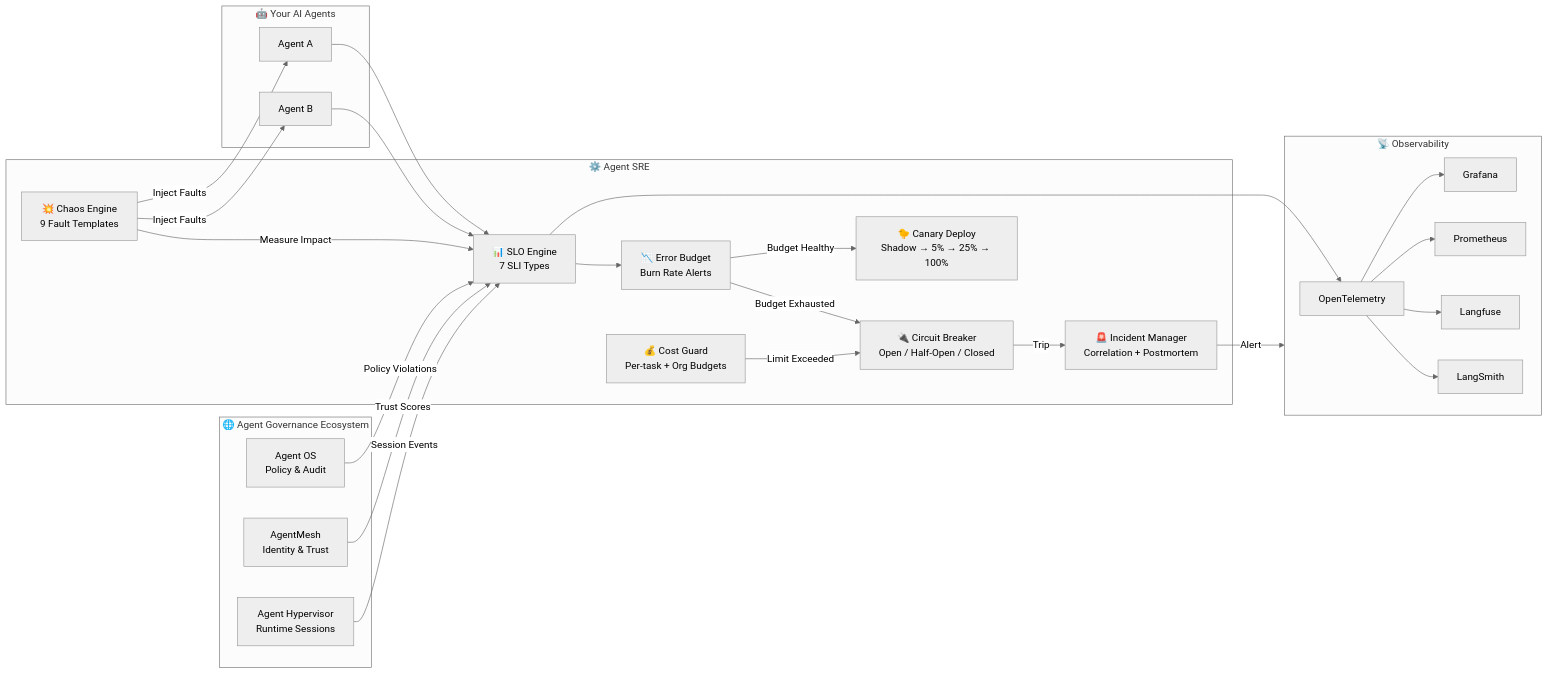
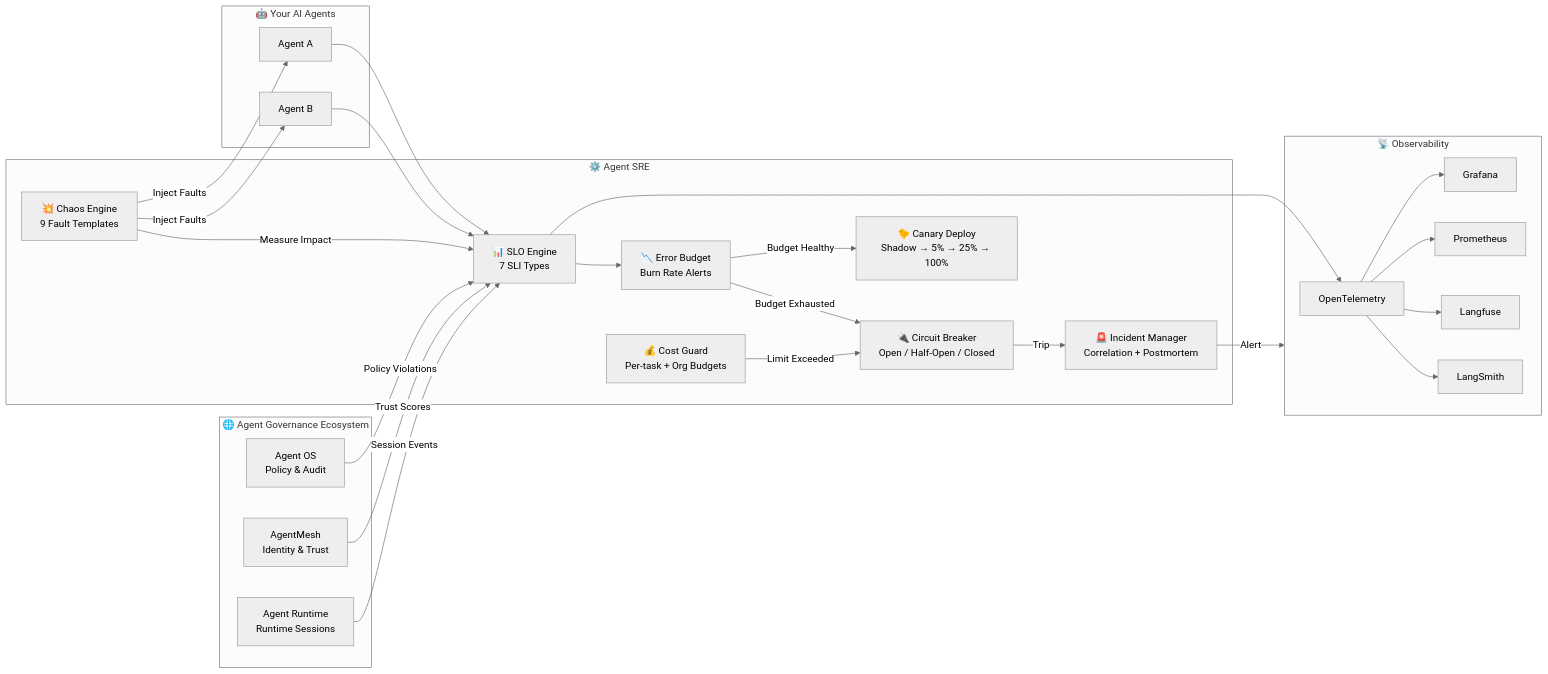
The diagram in packages/agent-sre/README.md (electricwolfemarshmallowhypertext/ms-agt), drawn with Mermaid (neutral theme) before and after one commit. The commit also changed other lines of this file and 51 other files, not shown here.

First line of the commit message:
docs: Phase 3 — Propagate architecture rename across all docs (#221)

````diff
--- a/packages/agent-sre/README.md
+++ b/packages/agent-sre/README.md
@@ -91,46 +91,46 @@
 ```mermaid
 flowchart LR
     subgraph Agent["🤖 Your AI Agents"]
         A1[Agent A]
         A2[Agent B]
     end
 
     subgraph SRE["⚙️ Agent SRE"]
         SLO["📊 SLO Engine\n7 SLI Types"]
         EB["📉 Error Budget\nBurn Rate Alerts"]
         CHAOS["💥 Chaos Engine\n9 Fault Templates"]
         CB["🔌 Circuit Breaker\nOpen / Half-Open / Closed"]
         CANARY["🐤 Canary Deploy\nShadow → 5% → 25% → 100%"]
         COST["💰 Cost Guard\nPer-task + Org Budgets"]
         INC["🚨 Incident Manager\nCorrelation + Postmortem"]
     end
 
     subgraph Observe["📡 Observability"]
         OTEL["OpenTelemetry"]
         GRAF["Grafana"]
         PROM["Prometheus"]
         LF["Langfuse"]
         LS["LangSmith"]
     end
 
     subgraph Ecosystem["🌐 Agent Governance Ecosystem"]
         OS["Agent OS\nPolicy & Audit"]
         MESH["AgentMesh\nIdentity & Trust"]
-        HV["Agent Hypervisor\nRuntime Sessions"]
+        HV["Agent Runtime\nRuntime Sessions"]
     end
 
     A1 & A2 --> SLO
     SLO --> EB
     EB -->|Budget Exhausted| CB
     EB -->|Budget Healthy| CANARY
     CHAOS -->|Inject Faults| A1 & A2
     CHAOS -->|Measure Impact| SLO
     COST -->|Limit Exceeded| CB
     CB -->|Trip| INC
     INC -->|Alert| Observe
     SLO --> OTEL
     OTEL --> GRAF & PROM & LF & LS
     OS -->|Policy Violations| SLO
     MESH -->|Trust Scores| SLO
     HV -->|Session Events| SLO
 ```
````
